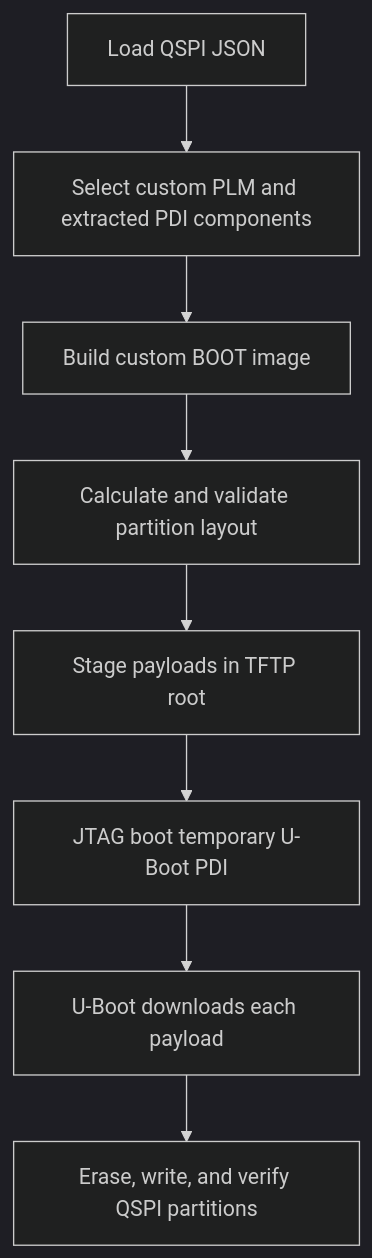
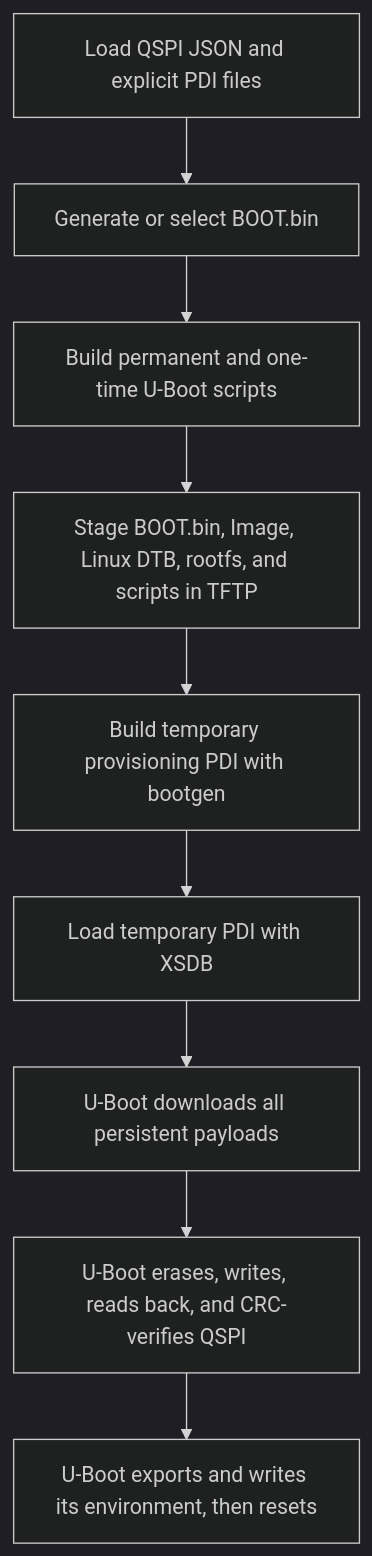
One commit to kethort/iwave-g57m-lab changed the diagram in docs/qspi-provisioning.md. Above: the diagram before and after it, drawn with Mermaid (dark theme). The commit also changed other lines of this file and 1 other file, not shown here.

Commit message:
add more detailed information to jtag and qspi workflows

````diff
--- a/docs/qspi-provisioning.md
+++ b/docs/qspi-provisioning.md
@@ -11,10 +204,11 @@
 ```mermaid
 flowchart TD
-    A[Load QSPI JSON] --> B[Select custom PLM and extracted PDI components]
-    B --> C[Build custom BOOT image]
-    C --> D[Calculate and validate partition layout]
-    D --> E[Stage payloads in TFTP root]
-    E --> F[JTAG boot temporary U-Boot PDI]
-    F --> G[U-Boot downloads each payload]
-    G --> H[Erase, write, and verify QSPI partitions]
+    A[Load QSPI JSON and explicit PDI files] --> B[Generate or select BOOT.bin]
+    B --> C[Build permanent and one-time U-Boot scripts]
+    C --> D[Stage BOOT.bin, Image, Linux DTB, rootfs, and scripts in TFTP]
+    D --> E[Build temporary provisioning PDI with bootgen]
+    E --> F[Load temporary PDI with XSDB]
+    F --> G[U-Boot downloads all persistent payloads]
+    G --> H[U-Boot erases, writes, reads back, and CRC-verifies QSPI]
+    H --> I[U-Boot exports and writes its environment, then resets]
 ```
````
